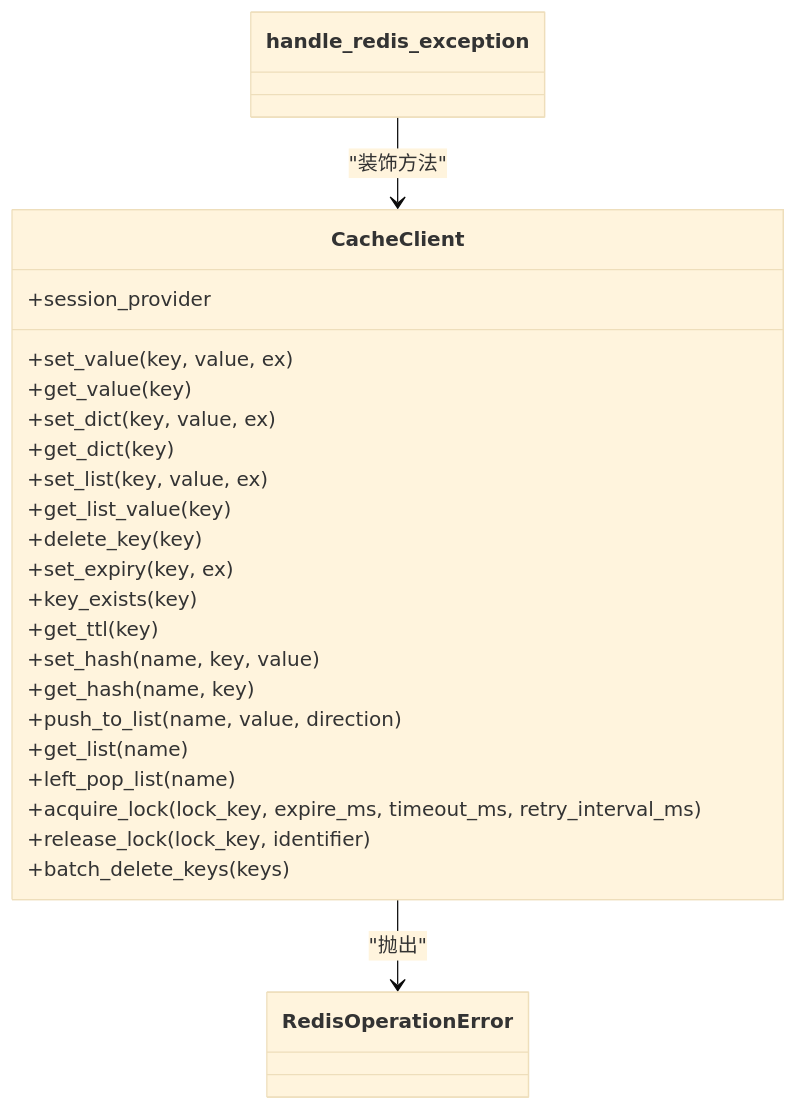
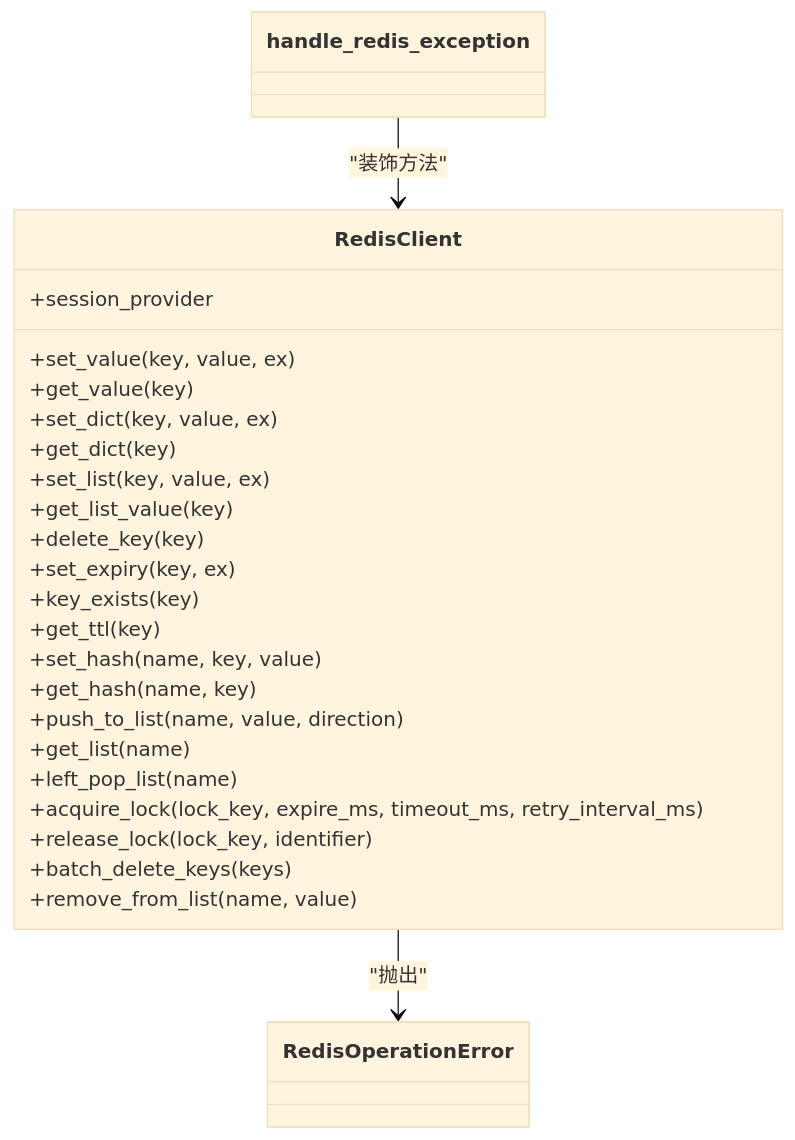
One commit to lilinzezzzzzz/fastapi-backend changed the sixth of 10 diagrams in .qoder/repowiki/zh/content/缓存系统/Redis集成.md. Above: the diagram before and after it, drawn with Mermaid (base theme). The commit also changed other lines of this file and 38 other files, not shown here.

````diff
--- a/.qoder/repowiki/zh/content/缓存系统/Redis集成.md
+++ b/.qoder/repowiki/zh/content/缓存系统/Redis集成.md
@@ -240,30 +328,31 @@
 ```mermaid
 classDiagram
-class CacheClient {
+class RedisClient {
 +session_provider
 +set_value(key, value, ex)
 +get_value(key)
 +set_dict(key, value, ex)
 +get_dict(key)
 +set_list(key, value, ex)
 +get_list_value(key)
 +delete_key(key)
 +set_expiry(key, ex)
 +key_exists(key)
 +get_ttl(key)
 +set_hash(name, key, value)
 +get_hash(name, key)
 +push_to_list(name, value, direction)
 +get_list(name)
 +left_pop_list(name)
 +acquire_lock(lock_key, expire_ms, timeout_ms, retry_interval_ms)
 +release_lock(lock_key, identifier)
 +batch_delete_keys(keys)
++remove_from_list(name, value)
 }
 class RedisOperationError {
 }
 class handle_redis_exception {
 }
-CacheClient --> RedisOperationError : "抛出"
-handle_redis_exception --> CacheClient : "装饰方法"
+RedisClient --> RedisOperationError : "抛出"
+handle_redis_exception --> RedisClient : "装饰方法"
 ```
````
